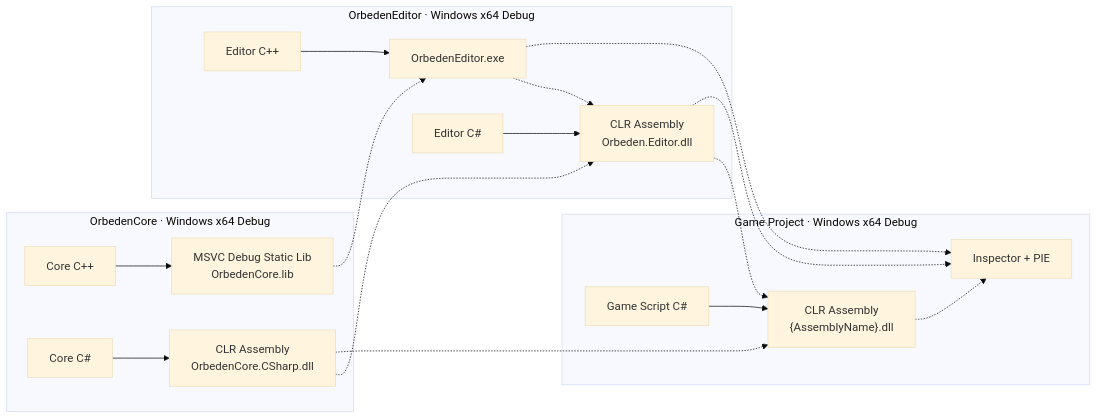
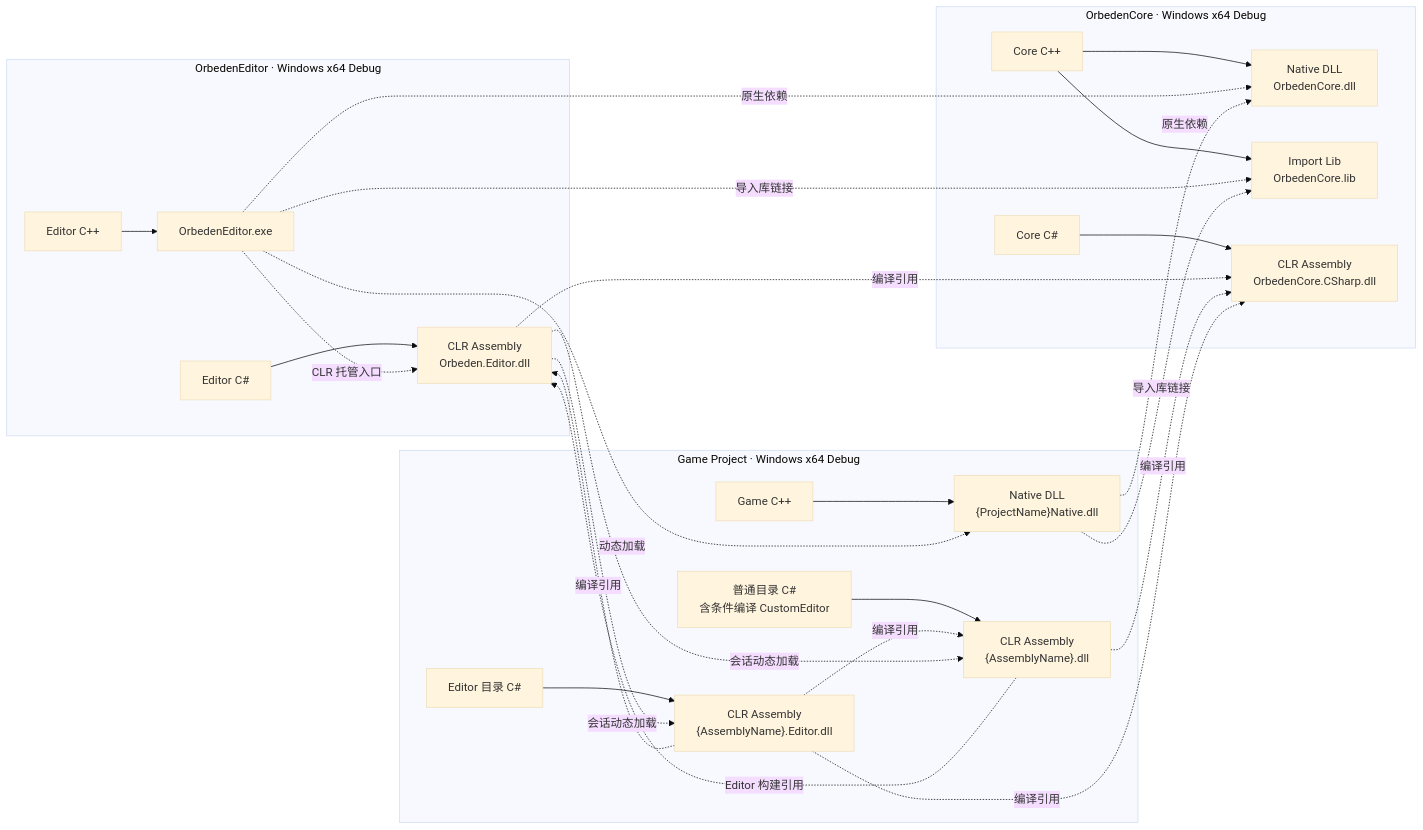
The first of 3 diagrams in Docs/BuildAndPackaging.md (REW-Z/orbeden), drawn with Mermaid (base theme) before and after one commit. The commit also changed other lines of this file and 23 other files, not shown here.

````diff
--- a/Docs/BuildAndPackaging.md
+++ b/Docs/BuildAndPackaging.md
@@ -36,26 +37,34 @@
 ```mermaid
 flowchart LR
     subgraph Core["OrbedenCore · Windows x64 Debug"]
-        CoreCpp["Core C++"] --> CoreLib["MSVC Debug Static Lib\nOrbedenCore.lib"]
+        CoreCpp["Core C++"] --> CoreNative["Native DLL\nOrbedenCore.dll"]
+        CoreCpp --> CoreImport["Import Lib\nOrbedenCore.lib"]
         CoreCs["Core C#"] --> CoreDll["CLR Assembly\nOrbedenCore.CSharp.dll"]
     end
 
     subgraph Editor["OrbedenEditor · Windows x64 Debug"]
         EditorCpp["Editor C++"] --> EditorExe["OrbedenEditor.exe"]
         EditorCs["Editor C#"] --> EditorDll["CLR Assembly\nOrbeden.Editor.dll"]
     end
 
     subgraph Game["Game Project · Windows x64 Debug"]
-        GameCs["Game Script C#"] --> GameDll["CLR Assembly\n{AssemblyName}.dll"]
-        PIE["Inspector + PIE"]
+        GameCs["普通目录 C#\n含条件编译 CustomEditor"] --> GameDll["CLR Assembly\n{AssemblyName}.dll"]
+        GameEditorCs["Editor 目录 C#"] --> GameEditorDll["CLR Assembly\n{AssemblyName}.Editor.dll"]
+        GameCpp["Game C++"] --> GameNative["Native DLL\n{ProjectName}Native.dll"]
     end
 
-    CoreLib -.-> EditorExe
-    CoreDll -.-> EditorDll
-    CoreDll -.-> GameDll
-    EditorExe -.-> EditorDll
-    EditorDll -.-> GameDll
-    EditorExe -.-> PIE
-    EditorDll -.-> PIE
-    GameDll -.-> PIE
+    EditorExe -. 导入库链接 .-> CoreImport
+    EditorExe -. 原生依赖 .-> CoreNative
+    GameNative -. 导入库链接 .-> CoreImport
+    GameNative -. 原生依赖 .-> CoreNative
+    EditorExe -. 动态加载 .-> GameNative
+    EditorExe -. CLR 托管入口 .-> EditorDll
+    EditorDll -. 编译引用 .-> CoreDll
+    GameDll -. 编译引用 .-> CoreDll
+    GameDll -. Editor 构建引用 .-> EditorDll
+    GameEditorDll -. 编译引用 .-> GameDll
+    GameEditorDll -. 编译引用 .-> CoreDll
+    GameEditorDll -. 编译引用 .-> EditorDll
+    EditorDll -. 会话动态加载 .-> GameDll
+    EditorDll -. 会话动态加载 .-> GameEditorDll
 ```
````
